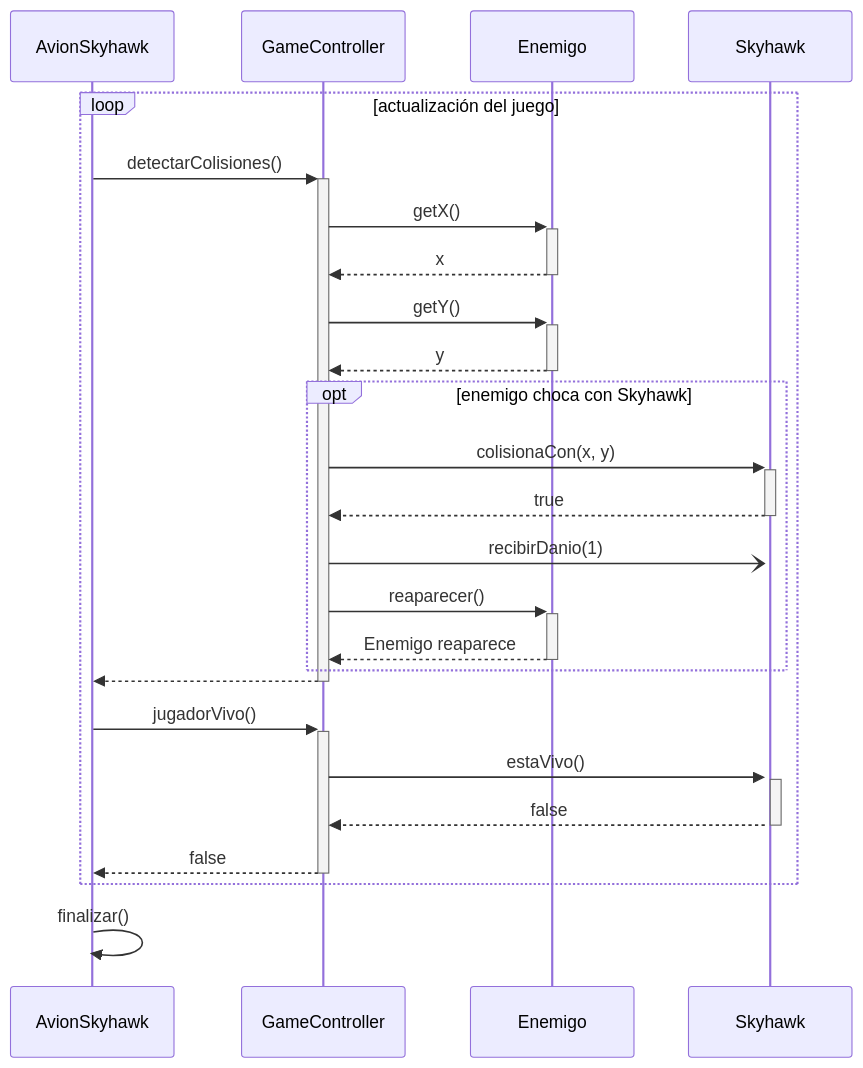
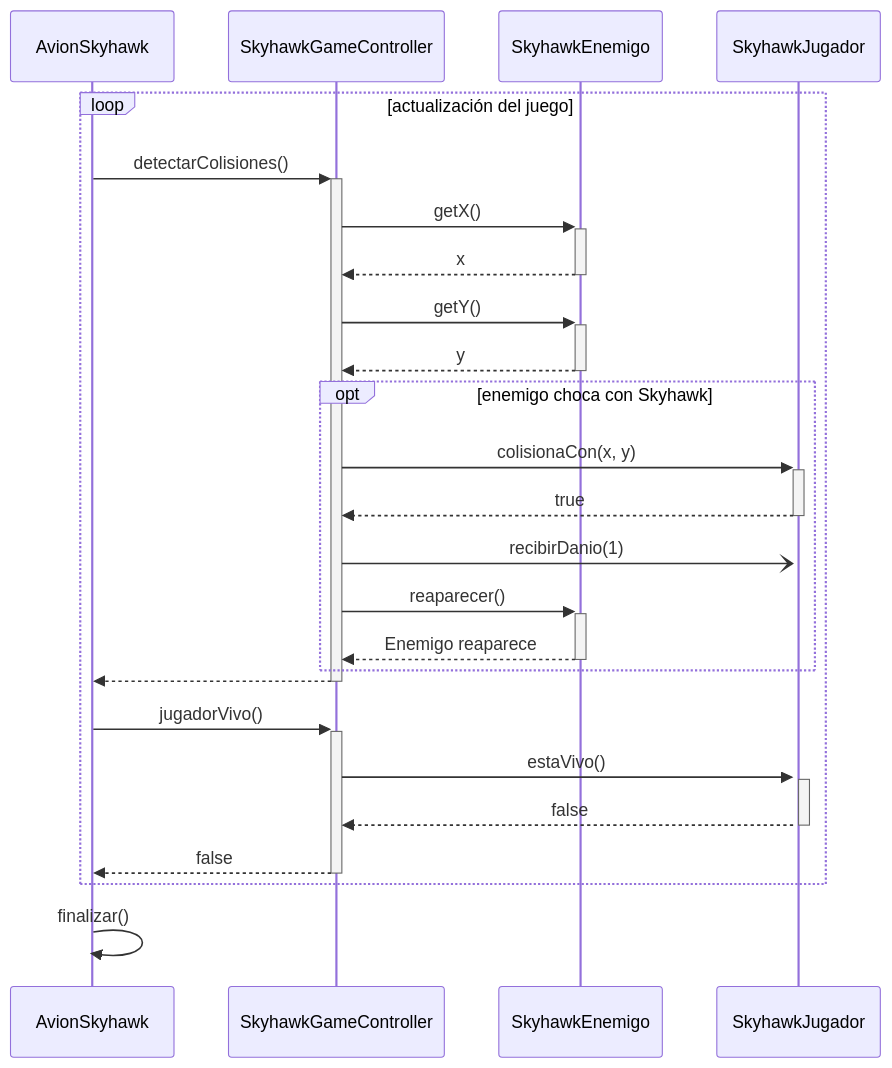
One commit to chiaraarego/Grupo-2---Skyhawk changed the fourth of 6 diagrams in Diagramas/diagram_Secuencias_Actualizados.md. Above: the diagram before and after it, drawn with Mermaid.

Commit message:
Refactor sequence diagram participants and methods

````diff
--- a/Diagramas/diagram_Secuencias_Actualizados.md
+++ b/Diagramas/diagram_Secuencias_Actualizados.md
@@ -138,39 +138,39 @@
 ```mermaid
 sequenceDiagram
     participant AvionSkyhawk
-    participant GameController
-    participant Enemigo
-    participant Skyhawk
+    participant SkyhawkGameController
+    participant SkyhawkEnemigo
+    participant SkyhawkJugador
 
     loop actualización del juego
-        AvionSkyhawk ->> +GameController : detectarColisiones()
+        AvionSkyhawk ->> +SkyhawkGameController : detectarColisiones()
 
 
 
-        GameController ->> +Enemigo : getX()
-        Enemigo -->> -GameController : x
+        SkyhawkGameController ->> +SkyhawkEnemigo : getX()
+        SkyhawkEnemigo -->> -SkyhawkGameController : x
 
-        GameController ->> +Enemigo : getY()
-        Enemigo -->> -GameController : y
+        SkyhawkGameController ->> +SkyhawkEnemigo : getY()
+        SkyhawkEnemigo -->> -SkyhawkGameController : y
 
         opt enemigo choca con Skyhawk
-        GameController ->> +Skyhawk : colisionaCon(x, y)
-        Skyhawk -->> -GameController : true
+        SkyhawkGameController ->> +SkyhawkJugador : colisionaCon(x, y)
+        SkyhawkJugador -->> -SkyhawkGameController : true
 
-            GameController -) +Skyhawk : recibirDanio(1)
+            SkyhawkGameController -) +SkyhawkJugador : recibirDanio(1)
 
 
-            GameController ->> +Enemigo : reaparecer()
-            Enemigo -->> -GameController : Enemigo reaparece
+            SkyhawkGameController ->> +SkyhawkEnemigo : reaparecer()
+            SkyhawkEnemigo -->> -SkyhawkGameController : Enemigo reaparece
         end
 
-        GameController -->> -AvionSkyhawk : 
-    AvionSkyhawk ->> +GameController : jugadorVivo()
-    GameController ->> +Skyhawk : estaVivo()
-    Skyhawk -->> -GameController : false
-    GameController -->> -AvionSkyhawk : false
+        SkyhawkGameController -->> -AvionSkyhawk : 
+    AvionSkyhawk ->> +SkyhawkGameController : jugadorVivo()
+    SkyhawkGameController ->> +SkyhawkJugador : estaVivo()
+    SkyhawkJugador -->> -SkyhawkGameController : false
+    SkyhawkGameController -->> -AvionSkyhawk : false
 end
         AvionSkyhawk ->> AvionSkyhawk : finalizar()
     
 
 ```
````
